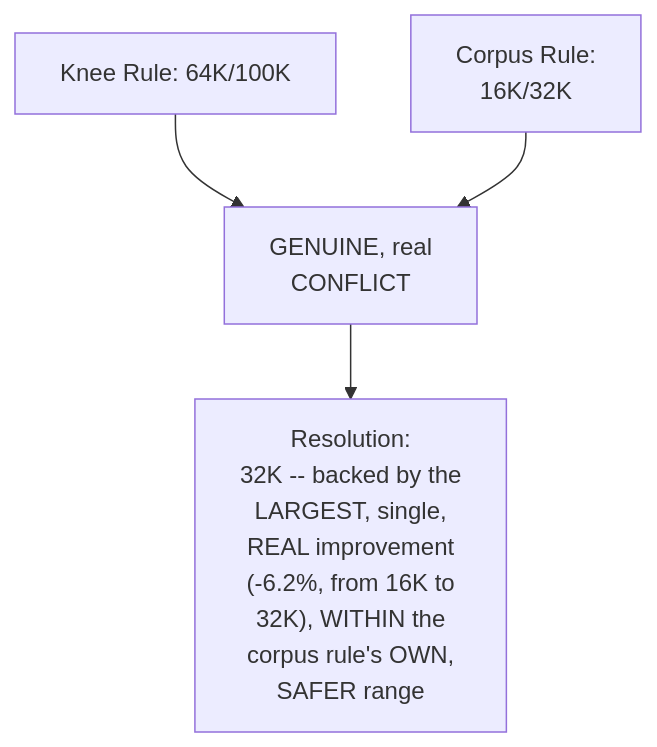
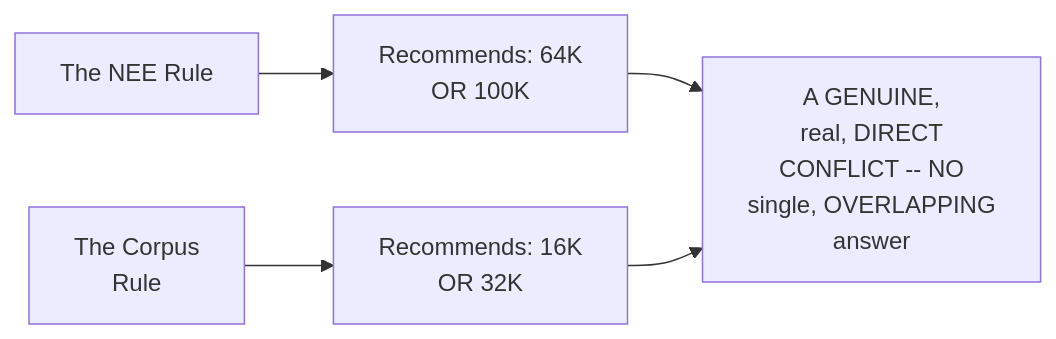
The sixth of 27 diagrams in LLM Production AI Engineering/1. AI Foundations/2. Tokenization/4. Resolving the Vocabulary-Size Conflict.md (sanjeevpalla/Notes), drawn with Mermaid before and after one commit. The commit also changed other lines of this file and 7 other files, not shown here.

````diff
--- a/LLM Production AI Engineering/1. AI Foundations/2. Tokenization/4. Resolving the Vocabulary-Size Conflict.md
+++ b/LLM Production AI Engineering/1. AI Foundations/2. Tokenization/4. Resolving the Vocabulary-Size Conflict.md
@@ -197,6 +166,7 @@
 ```mermaid
-flowchart TD
-    A["Knee Rule: 64K/100K"] --> C["GENUINE, real<br/>CONFLICT"]
-    B["Corpus Rule:<br/>16K/32K"] --> C
-    C --> D["Resolution:<br/>32K -- backed by the<br/>LARGEST, single,<br/>REAL improvement<br/>(-6.2%, from 16K to<br/>32K), WITHIN the<br/>corpus rule's OWN,<br/>SAFER range"]
+flowchart LR
+    A["The NEE Rule"] --> B["Recommends: 64K<br/>OR 100K"]
+    C["The Corpus<br/>Rule"] --> D["Recommends: 16K<br/>OR 32K"]
+    B --> E["A GENUINE,<br/>real, DIRECT<br/>CONFLICT -- NO<br/>single, OVERLAPPING<br/>answer"]
+    D --> E
 ```
````
